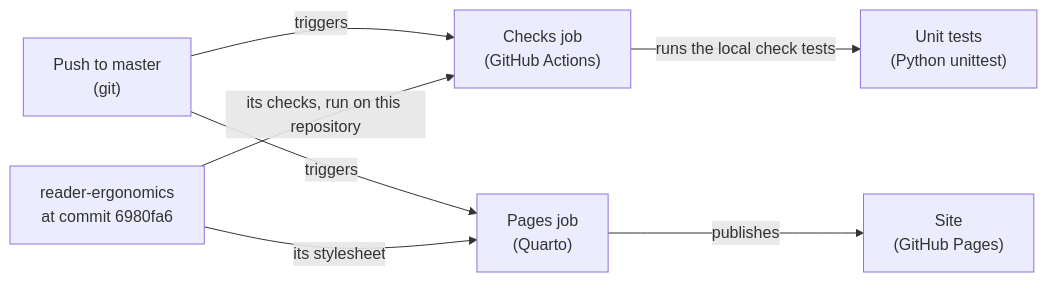
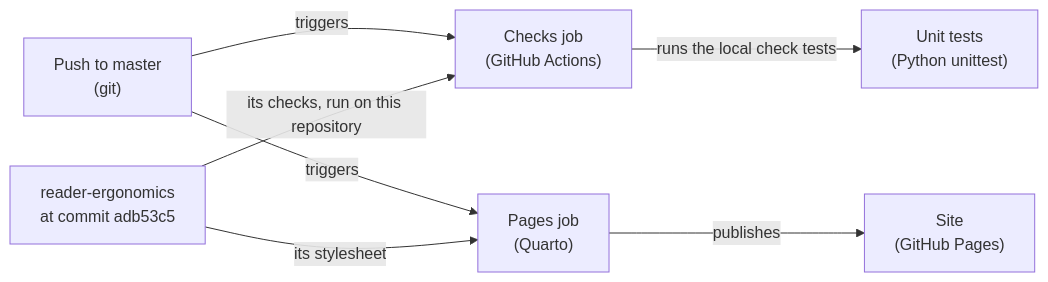
One commit to Tewf/reader-ergonomics-software-design changed the diagram in shapes/system-diagram.md. Above: the diagram before and after it, drawn with Mermaid. The commit also changed other lines of this file and 27 other files, not shown here.

First line of the commit message:
Move to reader-ergonomics v1.12.0

````diff
--- a/shapes/system-diagram.md
+++ b/shapes/system-diagram.md
@@ -80,9 +80,9 @@
 ```mermaid
 flowchart LR
     push["Push to master<br/>(git)"] -->|"triggers"| checks["Checks job<br/>(GitHub Actions)"]
-    standard["reader-ergonomics<br/>at commit 6980fa6"] -->|"its checks, run on this repository"| checks
+    standard["reader-ergonomics<br/>at commit adb53c5"] -->|"its checks, run on this repository"| checks
     checks -->|"runs the local check tests"| tests["Unit tests<br/>(Python unittest)"]
     push -->|"triggers"| pages["Pages job<br/>(Quarto)"]
     standard -->|"its stylesheet"| pages
     pages -->|"publishes"| site["Site<br/>(GitHub Pages)"]
 ```
````
